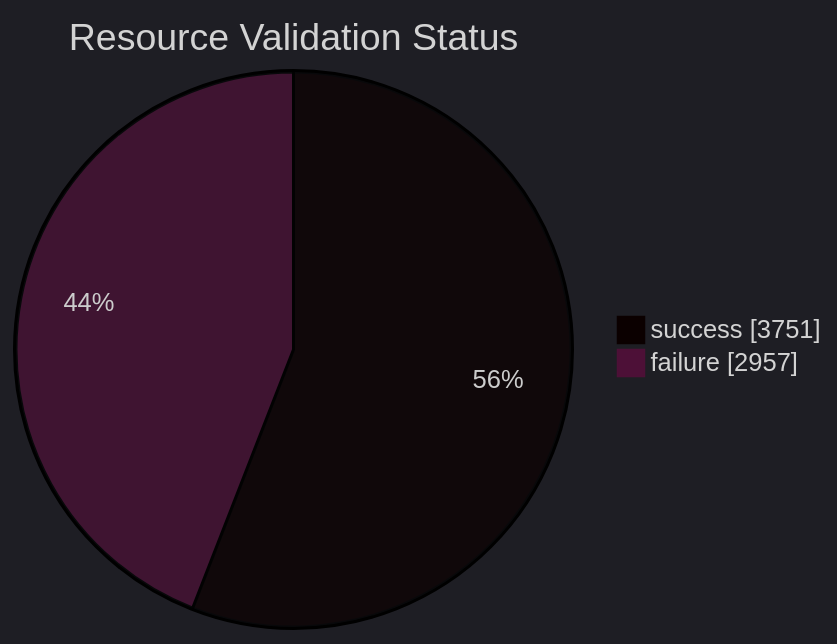
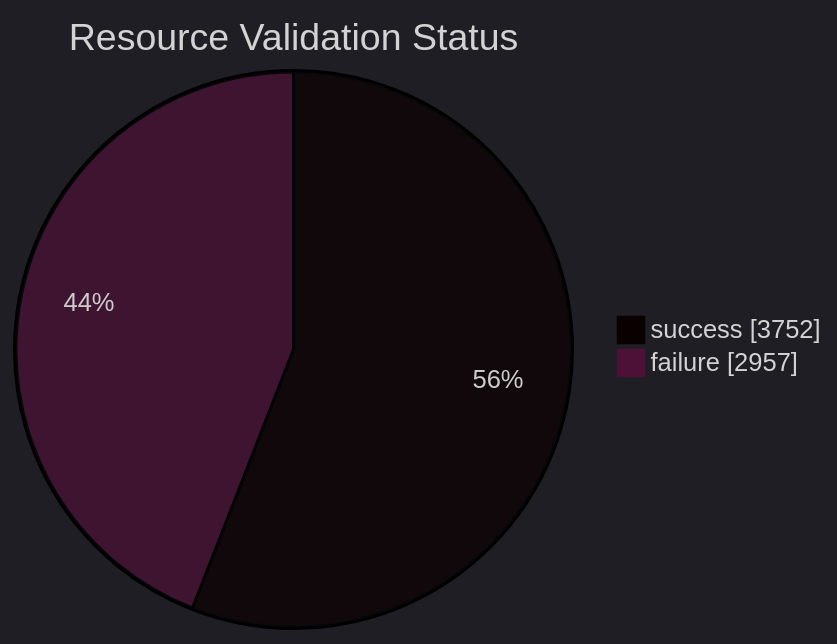
The diagram in datastore_tracker/resource_validation_status_pie_chart.md (open-data/analytics-corporate-reporting), drawn with Mermaid before and after one commit. The commit also changed 9 other files, not shown here.

````diff
--- a/datastore_tracker/resource_validation_status_pie_chart.md
+++ b/datastore_tracker/resource_validation_status_pie_chart.md
@@ -2,9 +2,9 @@
 ```mermaid
 ---
 config:
   theme: dark
 ---
 pie showData title Resource Validation Status
-    "success": 3751
+    "success": 3752
     "failure": 2957
 ```
````
